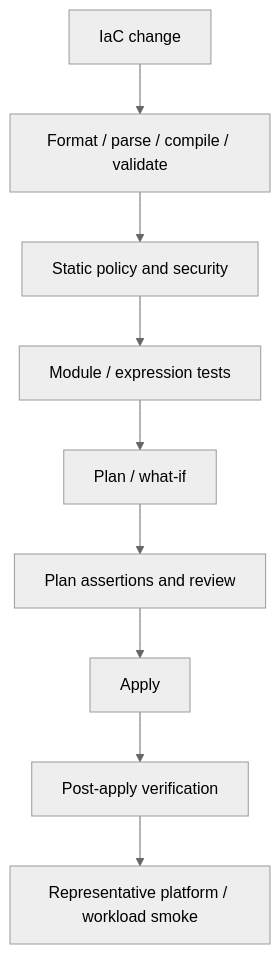
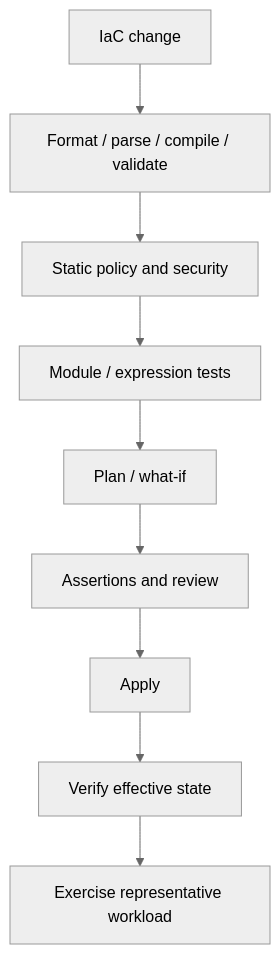
The third of 3 diagrams in doctrine/impl/testing-and-verification.md (0ryant/engineering-doctrine), drawn with Mermaid (neutral theme) before and after one commit. The commit also changed other lines of this file and 25 other files, not shown here.

````diff
--- a/doctrine/impl/testing-and-verification.md
+++ b/doctrine/impl/testing-and-verification.md
@@ -108,11 +84,8 @@
 ```mermaid
 flowchart TD
     A["IaC change"] --> B["Format / parse / compile / validate"]
-    B --> C["Static policy and security"]
-    C --> D["Module / expression tests"]
-    D --> E["Plan / what-if"]
-    E --> F["Plan assertions and review"]
-    F --> G["Apply"]
-    G --> H["Post-apply verification"]
-    H --> I["Representative platform / workload smoke"]
+    B --> C["Static policy and security"] --> D["Module / expression tests"]
+    D --> E["Plan / what-if"] --> F["Assertions and review"]
+    F --> G["Apply"] --> H["Verify effective state"]
+    H --> I["Exercise representative workload"]
 ```
````
